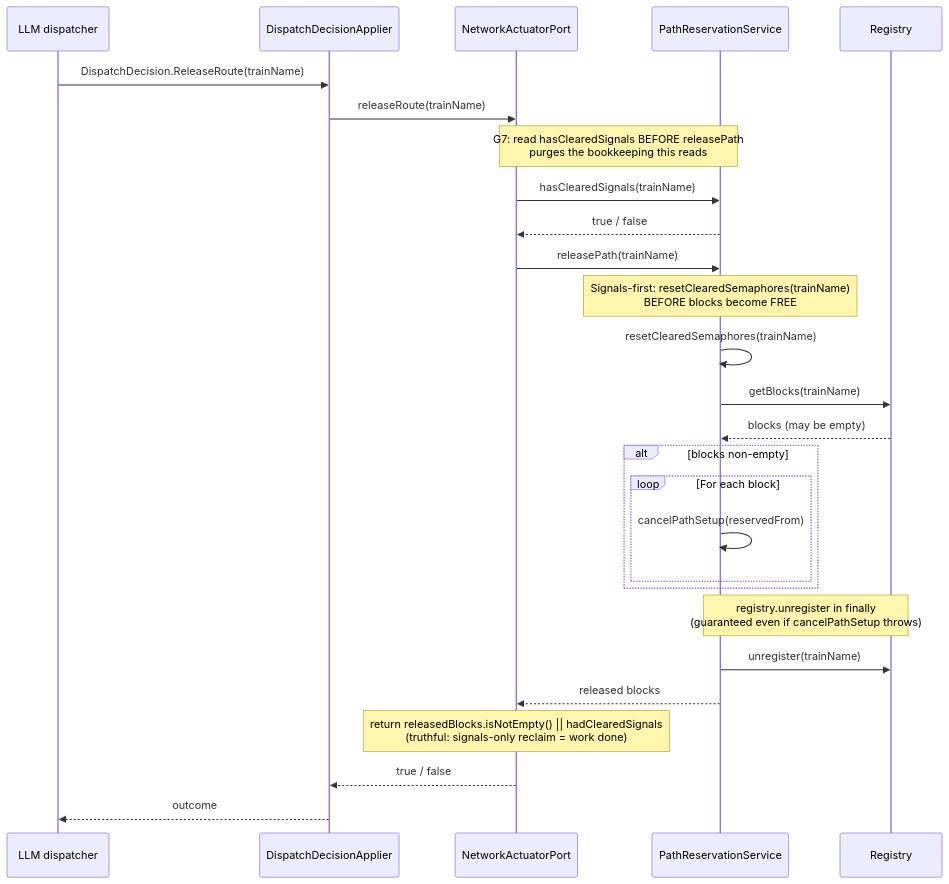
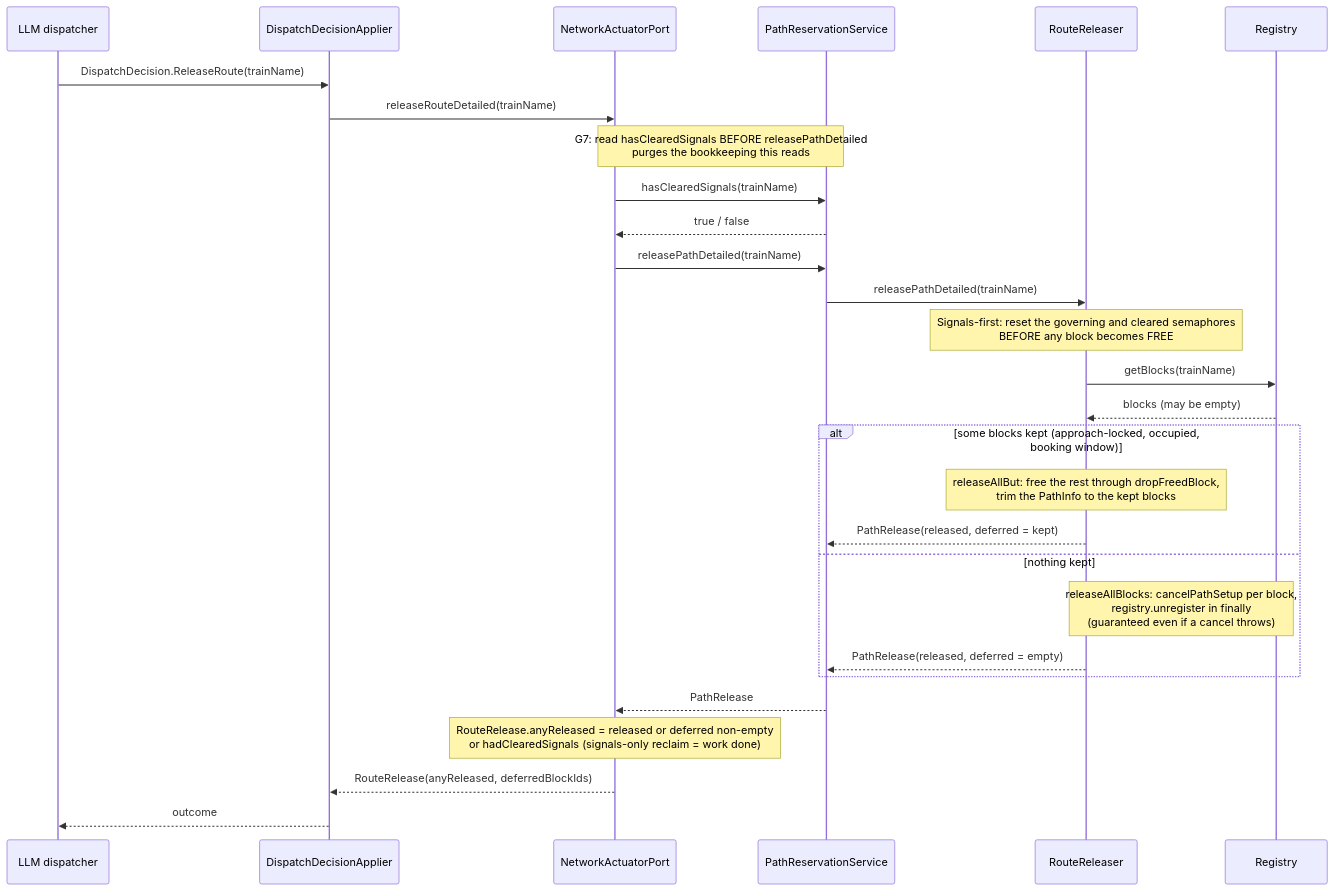
The sixth of 6 diagrams in docs/PATH_RESERVATION_ARCHITECTURE.md (bedaHovorka/interlockSim), drawn with Mermaid before and after one commit. The commit also changed other lines of this file and 2 other files, not shown here.

First line of the commit message:
Correct the path-reservation architecture docs to the post-SP12 code (#1263)

````diff
--- a/docs/PATH_RESERVATION_ARCHITECTURE.md
+++ b/docs/PATH_RESERVATION_ARCHITECTURE.md
@@ -949,34 +892,35 @@
 ```mermaid
 sequenceDiagram
     participant LLM as LLM dispatcher
     participant Applier as DispatchDecisionApplier
     participant Port as NetworkActuatorPort
     participant Service as PathReservationService
+    participant Releaser as RouteReleaser
     participant Registry
 
     LLM->>Applier: DispatchDecision.ReleaseRoute(trainName)
-    Applier->>Port: releaseRoute(trainName)
+    Applier->>Port: releaseRouteDetailed(trainName)
 
-    Note over Port,Service: G7: read hasClearedSignals BEFORE releasePath<br/>purges the bookkeeping this reads
+    Note over Port,Service: G7: read hasClearedSignals BEFORE releasePathDetailed<br/>purges the bookkeeping this reads
     Port->>Service: hasClearedSignals(trainName)
     Service-->>Port: true / false
 
-    Port->>Service: releasePath(trainName)
-    Note over Service: Signals-first: resetClearedSemaphores(trainName)<br/>BEFORE blocks become FREE
-    Service->>Service: resetClearedSemaphores(trainName)
-    Service->>Registry: getBlocks(trainName)
-    Registry-->>Service: blocks (may be empty)
+    Port->>Service: releasePathDetailed(trainName)
+    Service->>Releaser: releasePathDetailed(trainName)
+    Note over Releaser: Signals-first: reset the governing and cleared semaphores<br/>BEFORE any block becomes FREE
+    Releaser->>Registry: getBlocks(trainName)
+    Registry-->>Releaser: blocks (may be empty)
 
-    alt blocks non-empty
-        loop For each block
-            Service->>Service: cancelPathSetup(reservedFrom)
-        end
+    alt some blocks kept (approach-locked, occupied, booking window)
+        Note over Releaser: releaseAllBut: free the rest through dropFreedBlock,<br/>trim the PathInfo to the kept blocks
+        Releaser-->>Service: PathRelease(released, deferred = kept)
+    else nothing kept
+        Note over Releaser,Registry: releaseAllBlocks: cancelPathSetup per block,<br/>registry.unregister in finally<br/>(guaranteed even if a cancel throws)
+        Releaser-->>Service: PathRelease(released, deferred = empty)
     end
-    Note over Service,Registry: registry.unregister in finally<br/>(guaranteed even if cancelPathSetup throws)
-    Service->>Registry: unregister(trainName)
-    Service-->>Port: released blocks
+    Service-->>Port: PathRelease
 
-    Note over Port: return releasedBlocks.isNotEmpty() || hadClearedSignals<br/>(truthful: signals-only reclaim = work done)
-    Port-->>Applier: true / false
+    Note over Port: RouteRelease.anyReleased = released or deferred non-empty<br/>or hadClearedSignals (signals-only reclaim = work done)
+    Port-->>Applier: RouteRelease(anyReleased, deferredBlockIds)
     Applier-->>LLM: outcome
 ```
````
